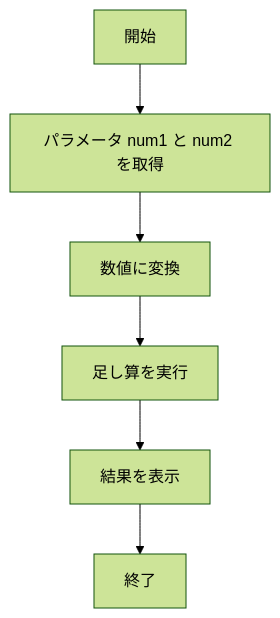
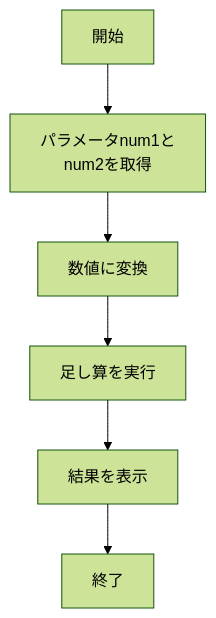
The second of 4 diagrams in README.md (ryotaozoe/webpro_06), drawn with Mermaid (forest theme) before and after one commit. The commit also changed other lines of this file, not shown here.

````diff
--- a/README.md
+++ b/README.md
@@ -111,11 +73,12 @@
 ```mermaid
 flowchart TD;
 
     start2["開始"];
-    get_params["パラメータ num1 と num2 を取得"];
+    get_params["パラメータnum1と
+    num2を取得"];
     convert["数値に変換"];
     calculate["足し算を実行"];
     display_sum["結果を表示"];
     end2["終了"];
     start2 --> get_params --> convert --> calculate --> display_sum --> end2;
 ```
````
